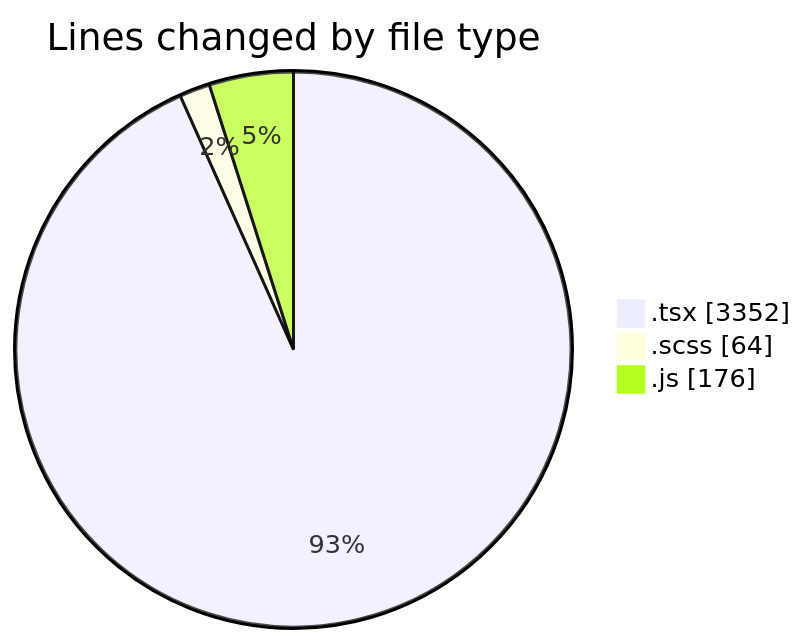
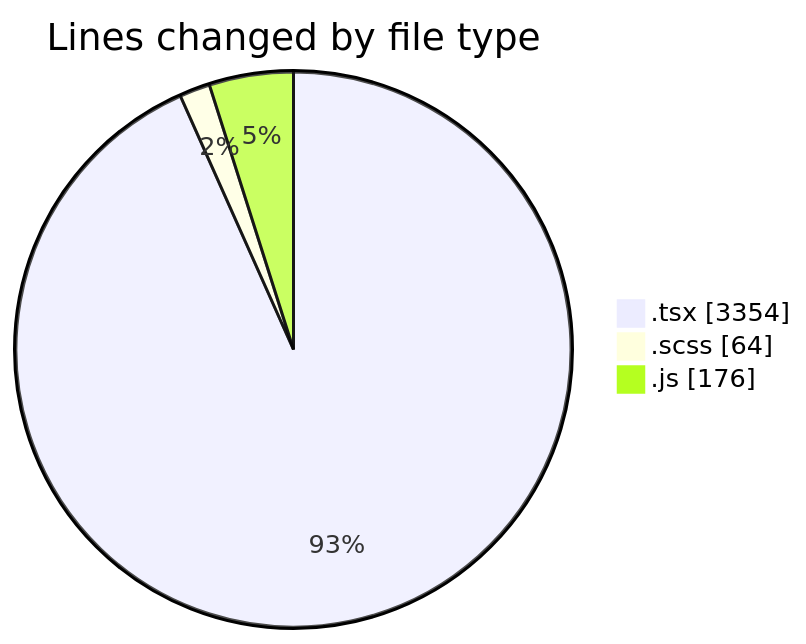
The first of 2 diagrams in 2025-06-16/cda/README.md (momahboobian/code-tracking), drawn with Mermaid before and after one commit. The commit also changed other lines of this file and 1 other file, not shown here.

````diff
--- a/2025-06-16/cda/README.md
+++ b/2025-06-16/cda/README.md
@@ -35,7 +35,7 @@
 ```mermaid
 pie showData
 title Lines changed by file type
-".tsx" : 3352
+".tsx" : 3354
 ".scss" : 64
 ".js" : 176
 ```
````
